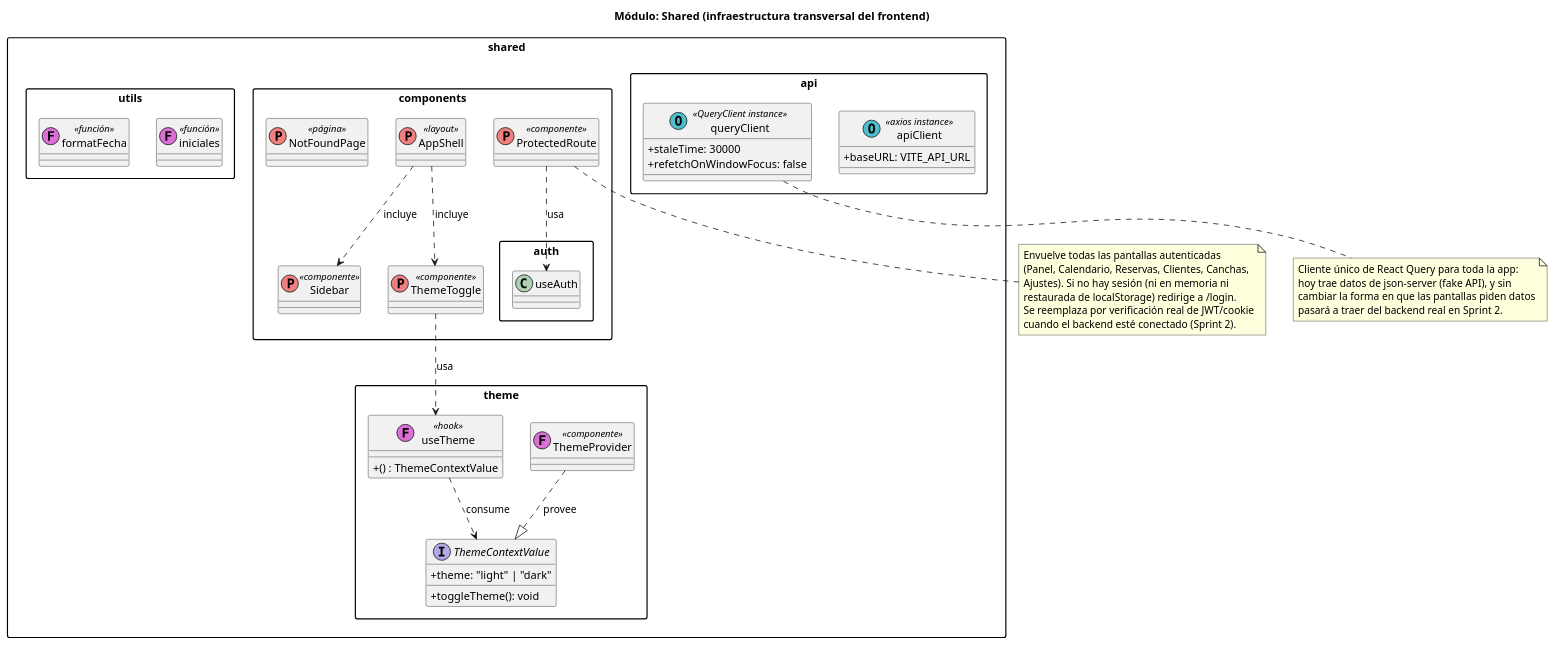
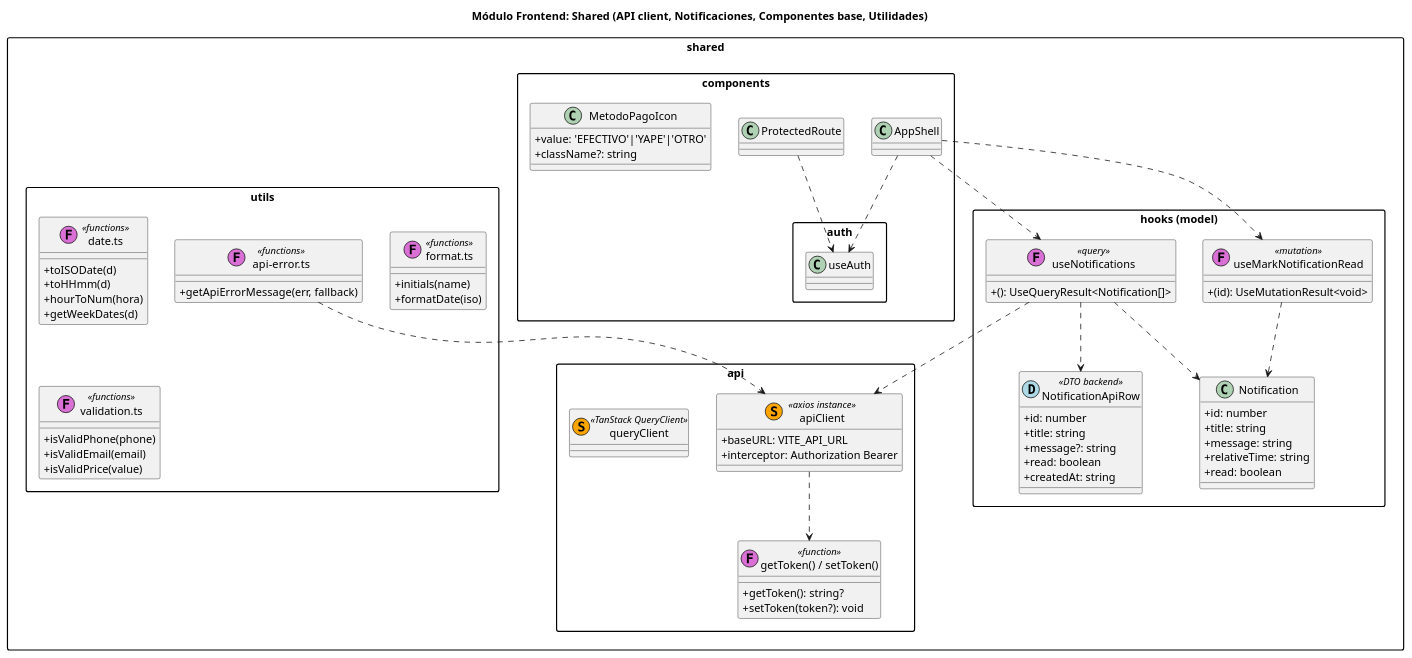
The diagram in docs/diagrams/shared.puml (brianna-salinas/la-canchita-de-carlos-frontend), drawn with PlantUML before and after one commit. The commit also changed 35 other files, not shown here.

Commit message:
fix: arreglos a los class diagrams

```diff
--- a/docs/diagrams/shared.puml
+++ b/docs/diagrams/shared.puml
@@ -1,67 +1,88 @@
 @startuml shared-module
-title Módulo: Shared (infraestructura transversal del frontend)
+title Módulo Frontend: Shared (API client, Notificaciones, Componentes base, Utilidades)
 
 skinparam classAttributeIconSize 0
 skinparam packageStyle rectangle
 
 package "shared.api" {
-  class apiClient << (O,#4DBECC) axios instance >> {
+  class apiClient << (S,orange) axios instance >> {
     +baseURL: VITE_API_URL
+    +interceptor: Authorization Bearer
+  }
+  class "getToken() / setToken()" as tokenHelpers << (F,orchid) function >> {
+    +getToken(): string?
+    +setToken(token?): void
+  }
+  class queryClient << (S,orange) TanStack QueryClient >>
+
+  apiClient ..> tokenHelpers
+}
+
+package "shared.hooks (model)" {
+  class Notification {
+    +id: number
+    +title: string
+    +message: string
+    +relativeTime: string
+    +read: boolean
   }
 
-  class queryClient << (O,#4DBECC) QueryClient instance >> {
-    +staleTime: 30000
-    +refetchOnWindowFocus: false
-  }
-}
-
-package "shared.theme" {
-  interface ThemeContextValue {
-    +theme: "light" | "dark"
-    +toggleTheme(): void
+  class NotificationApiRow << (D,lightblue) DTO backend >> {
+    +id: number
+    +title: string
+    +message?: string
+    +read: boolean
+    +createdAt: string
   }
 
-  class "ThemeProvider" as ThemeProvider << (F,orchid) componente >>
-  class "useTheme" as useTheme << (F,orchid) hook >> {
-    +() : ThemeContextValue
+  class useNotifications << (F,orchid) query >> {
+    +(): UseQueryResult<Notification[]>
+  }
+  class useMarkNotificationRead << (F,orchid) mutation >> {
+    +(id): UseMutationResult<void>
   }
 
-  ThemeProvider ..|> ThemeContextValue : provee
-  useTheme ..> ThemeContextValue : consume
+  useNotifications ..> NotificationApiRow
+  useNotifications ..> Notification
+  useMarkNotificationRead ..> Notification
+  useNotifications ..> apiClient
 }
 
 package "shared.components" {
-  class AppShell << (P,#F08080) layout >>
-  class Sidebar << (P,#F08080) componente >>
-  class ThemeToggle << (P,#F08080) componente >>
-  class ProtectedRoute << (P,#F08080) componente >>
-  class NotFoundPage << (P,#F08080) página >>
+  class AppShell
+  class ProtectedRoute
+  class MetodoPagoIcon {
+    +value: 'EFECTIVO'|'YAPE'|'OTRO'
+    +className?: string
+  }
 
-  AppShell ..> Sidebar : incluye
-  AppShell ..> ThemeToggle : incluye
-  ThemeToggle ..> useTheme : usa
-  ProtectedRoute ..> "auth.useAuth" : usa
+  AppShell ..> useNotifications
+  AppShell ..> useMarkNotificationRead
+  AppShell ..> "auth.useAuth"
+  ProtectedRoute ..> "auth.useAuth"
 }
 
 package "shared.utils" {
-  class "iniciales" as iniciales << (F,orchid) función >>
-  class "formatFecha" as formatFecha << (F,orchid) función >>
+  class "date.ts" as dateUtils << (F,orchid) functions >> {
+    +toISODate(d)
+    +toHHmm(d)
+    +hourToNum(hora)
+    +getWeekDates(d)
+  }
+  class "format.ts" as formatUtils << (F,orchid) functions >> {
+    +initials(name)
+    +formatDate(iso)
+  }
+  class "api-error.ts" as apiErrorUtils << (F,orchid) functions >> {
+    +getApiErrorMessage(err, fallback)
+  }
+  class "validation.ts" as validationUtils << (F,orchid) functions >> {
+    +isValidPhone(phone)
+    +isValidEmail(email)
+    +isValidPrice(value)
+  }
+
+  apiErrorUtils ..> apiClient
 }
 
-note bottom of ProtectedRoute
-  Envuelve todas las pantallas autenticadas
-  (Panel, Calendario, Reservas, Clientes, Canchas,
-  Ajustes). Si no hay sesión (ni en memoria ni
-  restaurada de localStorage) redirige a /login.
-  Se reemplaza por verificación real de JWT/cookie
-  cuando el backend esté conectado (Sprint 2).
-end note
-
-note bottom of queryClient
-  Cliente único de React Query para toda la app:
-  hoy trae datos de json-server (fake API), y sin
-  cambiar la forma en que las pantallas piden datos
-  pasará a traer del backend real en Sprint 2.
-end note
-
 @enduml
```
